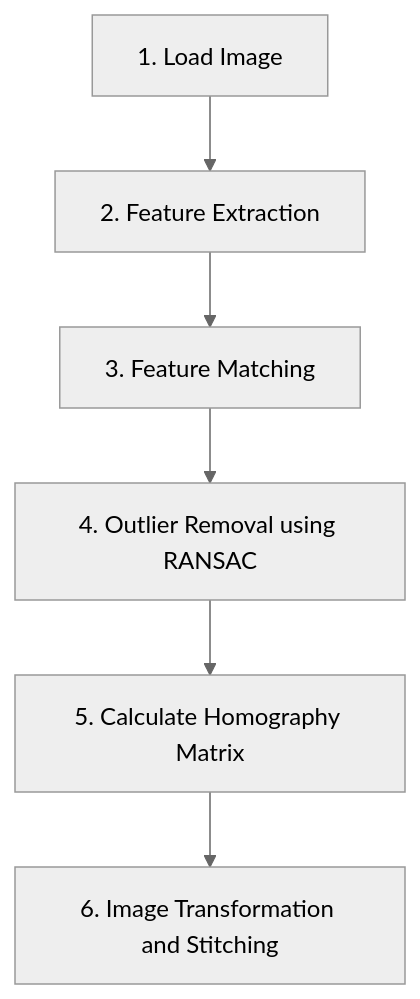
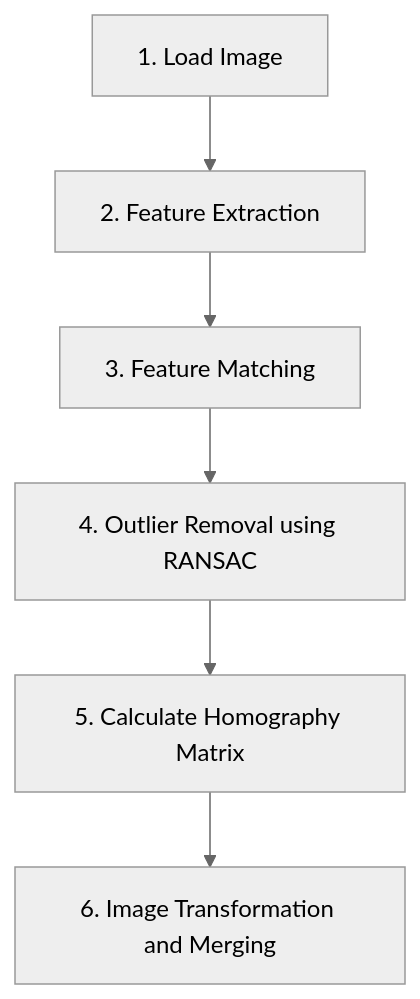
Before and after one commit to HangyoCho/HangyoCho.github.io: the diagram in _posts/2024-06-23-feature_extraction_matching.md, drawn with Mermaid (neutral theme).

Commit message:
image stitching 1

````diff
--- a/_posts/2024-06-23-feature_extraction_matching.md
+++ b/_posts/2024-06-23-feature_extraction_matching.md
@@ -33,15 +33,15 @@
 ```mermaid
 flowchart TD
     A[1. Load Image]
     B[2. Feature Extraction]
     C[3. Feature Matching]
     D[4. Outlier Removal using RANSAC]
     E[5. Calculate Homography Matrix]
-    F[6. Image Transformation and Stitching]
+    F[6. Image Transformation and Merging]
 
     A --> B
     B --> C
     C --> D
     D --> E
     E --> F
 ```
````
